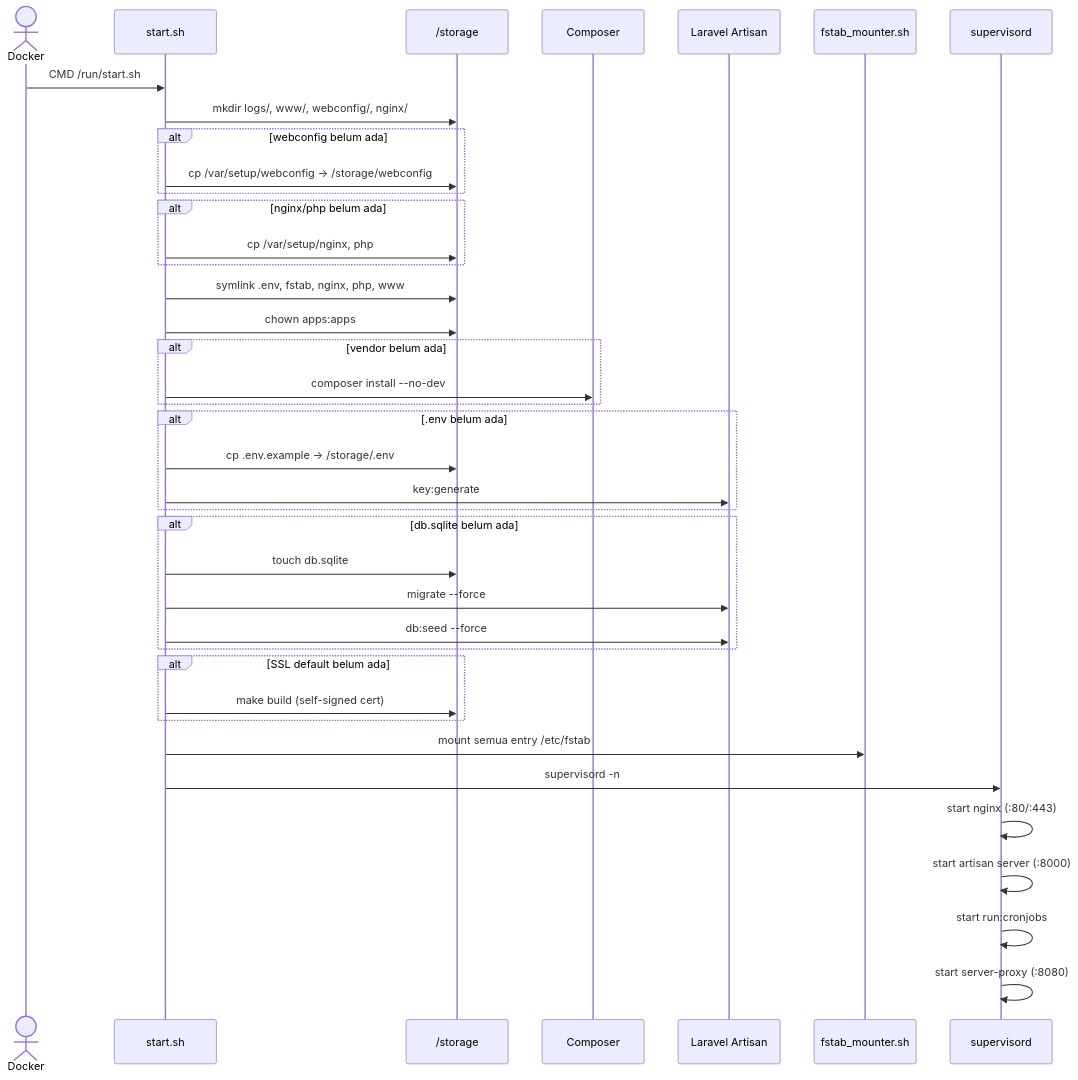
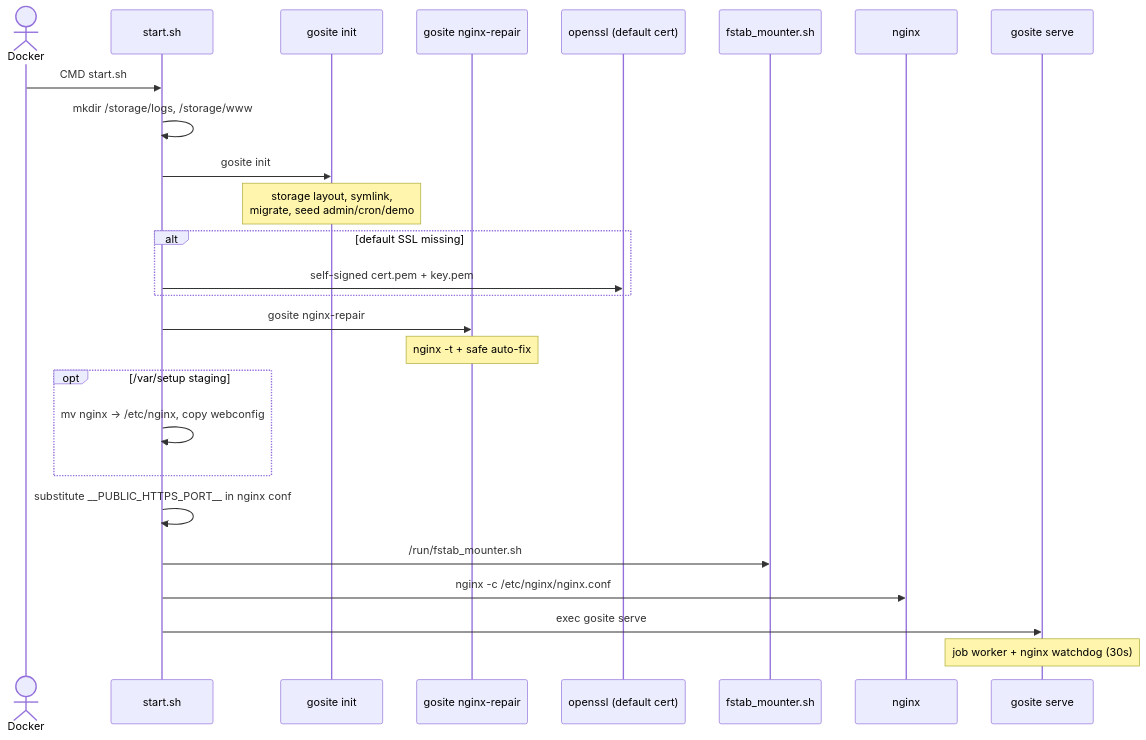
One commit to jahrulnr/GoSite changed the first of 2 diagrams in docs/sequences/01-container-startup.md. Above: the diagram before and after it, drawn with Mermaid. The commit also changed other lines of this file and 107 other files, not shown here.

````diff
--- a/docs/sequences/01-container-startup.md
+++ b/docs/sequences/01-container-startup.md
@@ -7,46 +9,35 @@
 ```mermaid
 sequenceDiagram
     actor Docker
     participant Start as start.sh
-    participant Storage as /storage
-    participant Composer
-    participant Artisan as Laravel Artisan
+    participant Init as gosite init
+    participant Repair as gosite nginx-repair
+    participant SSL as openssl (default cert)
     participant Fstab as fstab_mounter.sh
-    participant Super as supervisord
+    participant NGX as nginx
+    participant Go as gosite serve
 
-    Docker->>Start: CMD /run/start.sh
+    Docker->>Start: CMD start.sh
 
-    Start->>Storage: mkdir logs/, www/, webconfig/, nginx/
-    alt webconfig belum ada
-        Start->>Storage: cp /var/setup/webconfig → /storage/webconfig
-    end
-    alt nginx/php belum ada
-        Start->>Storage: cp /var/setup/nginx, php
-    end
-    Start->>Storage: symlink .env, fstab, nginx, php, www
-    Start->>Storage: chown apps:apps
+    Start->>Start: mkdir /storage/logs, /storage/www
+    Start->>Init: gosite init
+    Note over Init: storage layout, symlink,<br/>migrate, seed admin/cron/demo
 
-    alt vendor belum ada
-        Start->>Composer: composer install --no-dev
-    end
-    alt .env belum ada
-        Start->>Storage: cp .env.example → /storage/.env
-        Start->>Artisan: key:generate
-    end
-    alt db.sqlite belum ada
-        Start->>Storage: touch db.sqlite
-        Start->>Artisan: migrate --force
-        Start->>Artisan: db:seed --force
-    end
-    alt SSL default belum ada
-        Start->>Storage: make build (self-signed cert)
+    alt default SSL missing
+        Start->>SSL: self-signed cert.pem + key.pem
     end
 
-    Start->>Fstab: mount semua entry /etc/fstab
-    Start->>Super: supervisord -n
+    Start->>Repair: gosite nginx-repair
+    Note over Repair: nginx -t + safe auto-fix
 
-    Super->>Super: start nginx (:80/:443)
-    Super->>Super: start artisan server (:8000)
-    Super->>Super: start run:cronjobs
-    Super->>Super: start server-proxy (:8080)
+    opt /var/setup staging
+        Start->>Start: mv nginx → /etc/nginx, copy webconfig
+    end
+
+    Start->>Start: substitute __PUBLIC_HTTPS_PORT__ in nginx conf
+    Start->>Fstab: /run/fstab_mounter.sh
+    Start->>NGX: nginx -c /etc/nginx/nginx.conf
+    Start->>Go: exec gosite serve
+
+    Note over Go: job worker + nginx watchdog (30s)
 ```
````
